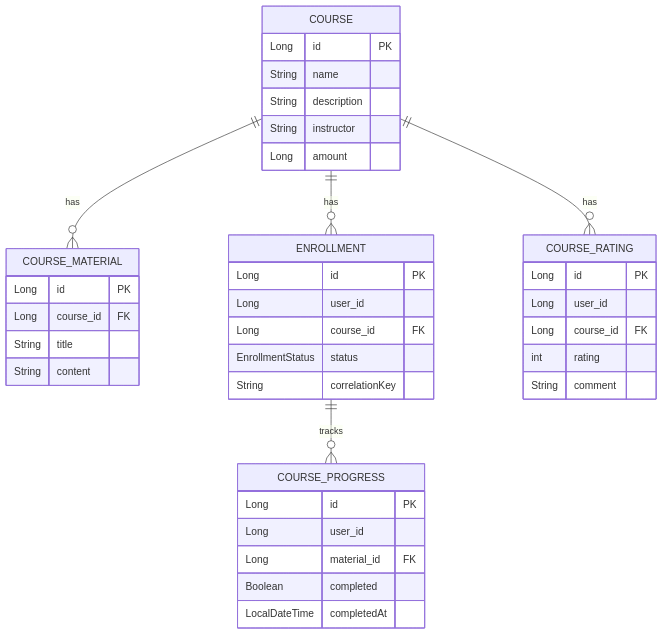
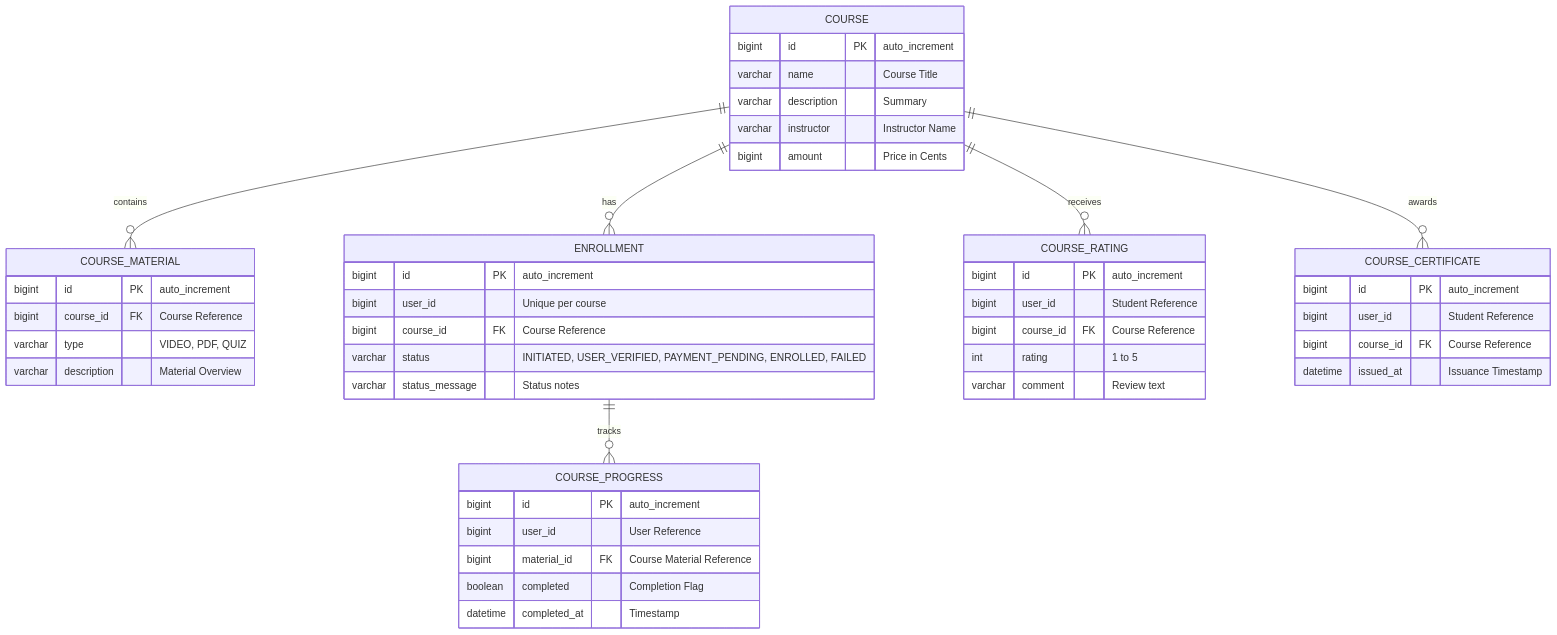
The eighth of 8 diagrams in README.md (byte2code/course-service), drawn with Mermaid before and after one commit. The commit also changed other lines of this file, not shown here.

Commit message:
docs: enrich README with architecture, caching, N+1 optimization, and sequence diagrams

````diff
--- a/README.md
+++ b/README.md
@@ -413,42 +424,54 @@
 ```mermaid
 erDiagram
-    COURSE ||--o{ COURSE_MATERIAL : "has"
+    COURSE ||--o{ COURSE_MATERIAL : "contains"
     COURSE ||--o{ ENROLLMENT : "has"
-    COURSE ||--o{ COURSE_RATING : "has"
+    COURSE ||--o{ COURSE_RATING : "receives"
+    COURSE ||--o{ COURSE_CERTIFICATE : "awards"
     ENROLLMENT ||--o{ COURSE_PROGRESS : "tracks"
 
     COURSE {
-        Long id PK
-        String name
-        String description
-        String instructor
-        Long amount
+        bigint id PK "auto_increment"
+        varchar name "Course Title"
+        varchar description "Summary"
+        varchar instructor "Instructor Name"
+        bigint amount "Price in Cents"
     }
+
     COURSE_MATERIAL {
-        Long id PK
-        Long course_id FK
-        String title
-        String content
+        bigint id PK "auto_increment"
+        bigint course_id FK "Course Reference"
+        varchar type "VIDEO, PDF, QUIZ"
+        varchar description "Material Overview"
     }
+
     ENROLLMENT {
-        Long id PK
-        Long user_id
-        Long course_id FK
-        EnrollmentStatus status
-        String correlationKey
+        bigint id PK "auto_increment"
+        bigint user_id "Unique per course"
+        bigint course_id FK "Course Reference"
+        varchar status "INITIATED, USER_VERIFIED, PAYMENT_PENDING, ENROLLED, FAILED"
+        varchar status_message "Status notes"
     }
+
     COURSE_PROGRESS {
-        Long id PK
-        Long user_id
-        Long material_id FK
-        Boolean completed
-        LocalDateTime completedAt
+        bigint id PK "auto_increment"
+        bigint user_id "User Reference"
+        bigint material_id FK "Course Material Reference"
+        boolean completed "Completion Flag"
+        datetime completed_at "Timestamp"
     }
+
     COURSE_RATING {
-        Long id PK
-        Long user_id
-        Long course_id FK
-        int rating
-        String comment
+        bigint id PK "auto_increment"
+        bigint user_id "Student Reference"
+        bigint course_id FK "Course Reference"
+        int rating "1 to 5"
+        varchar comment "Review text"
+    }
+
+    COURSE_CERTIFICATE {
+        bigint id PK "auto_increment"
+        bigint user_id "Student Reference"
+        bigint course_id FK "Course Reference"
+        datetime issued_at "Issuance Timestamp"
     }
 ```
````
